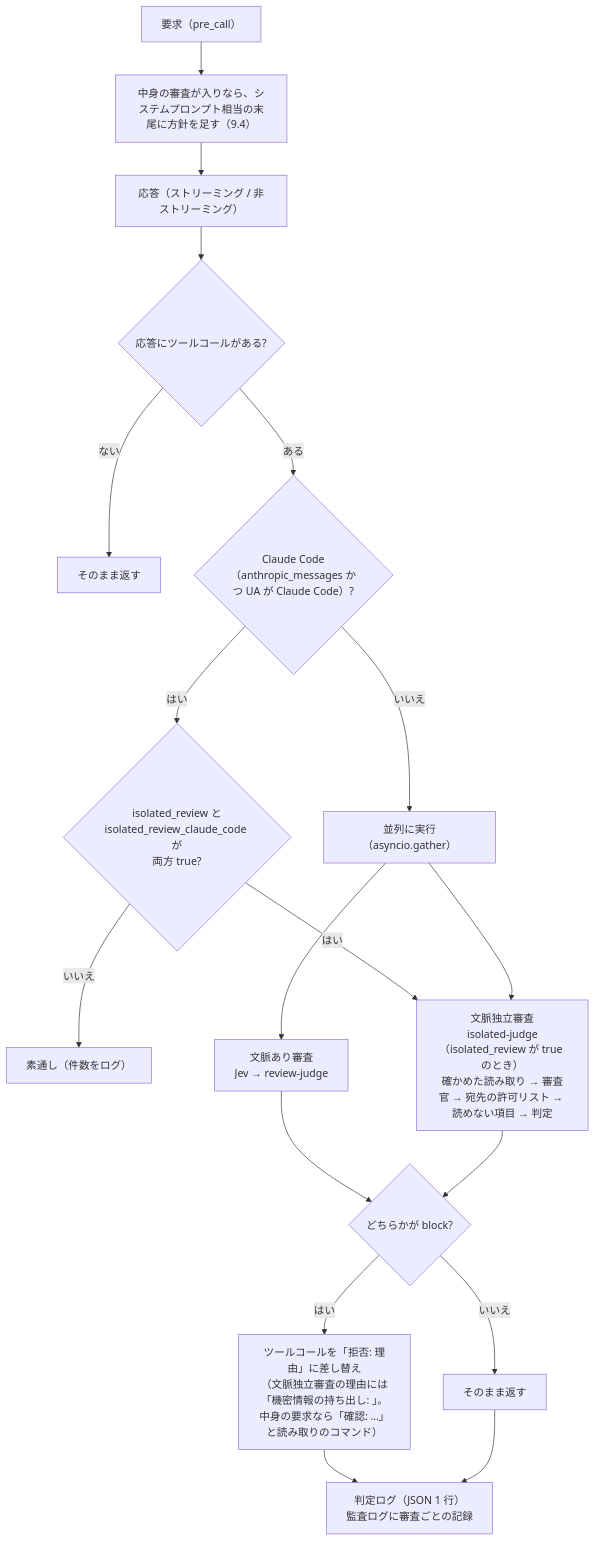
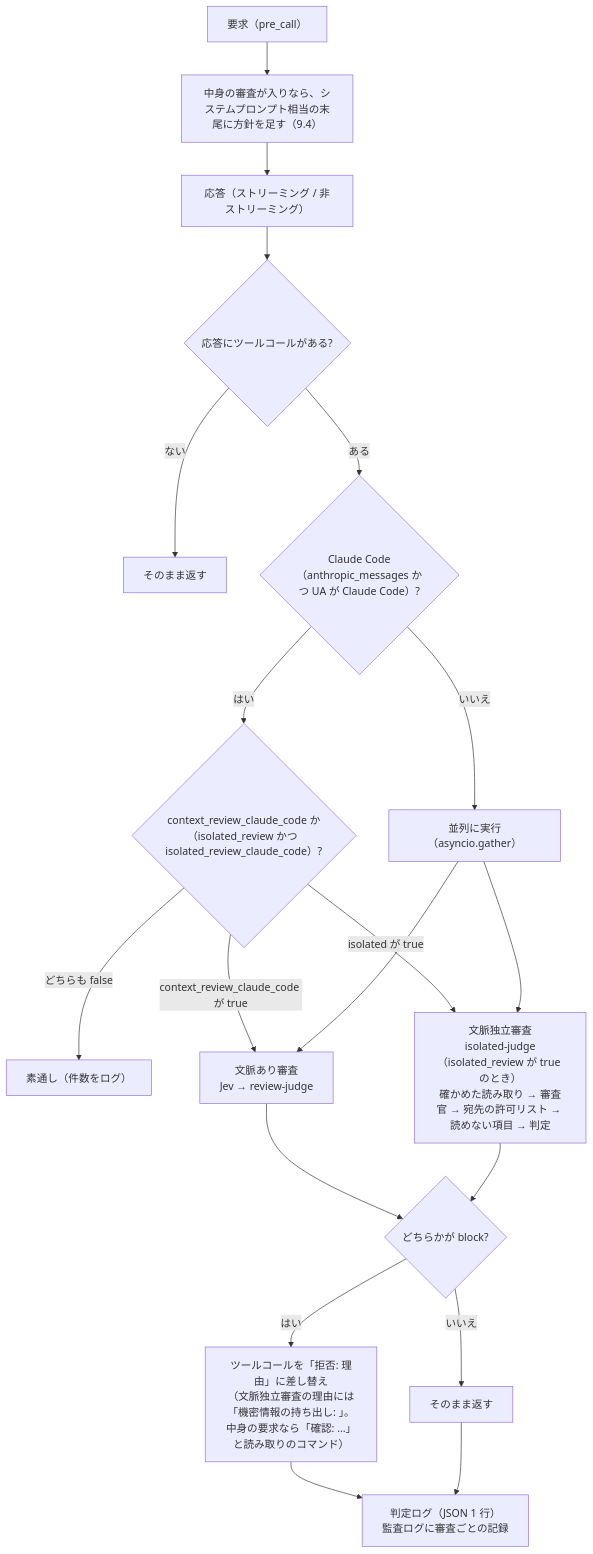
The third of 4 diagrams in docs/design.md (notfolder/litellm-agent-gateway-lab), drawn with Mermaid before and after one commit. The commit also changed other lines of this file and 13 other files, not shown here.

First line of the commit message:
Claude Code にも文脈あり審査を掛けられるようにし（既定は切り）、判定入力の抽出を text ブロックごとに直す

````diff
--- a/docs/design.md
+++ b/docs/design.md
@@ -514,20 +515,21 @@
 ```mermaid
 flowchart TB
     Q["要求（pre_call）"] --> PI["中身の審査が入りなら、システムプロンプト相当の末尾に方針を足す（9.4）"]
     PI --> R
     R["応答（ストリーミング / 非ストリーミング）"] --> T{"応答にツールコールがある?"}
     T -- ない --> OUT["そのまま返す"]
     T -- ある --> K{"Claude Code<br/>（anthropic_messages かつ UA が Claude Code）?"}
-    K -- はい --> CC{"isolated_review と<br/>isolated_review_claude_code が<br/>両方 true?"}
-    CC -- いいえ --> PASS["素通し（件数をログ）"]
-    CC -- はい --> B
+    K -- はい --> CC{"context_review_claude_code か<br/>（isolated_review かつ isolated_review_claude_code）?"}
+    CC -- どちらも false --> PASS["素通し（件数をログ）"]
+    CC -- context_review_claude_code が true --> A
+    CC -- isolated が true --> B
     K -- いいえ --> P["並列に実行（asyncio.gather）"]
     P --> A["文脈あり審査<br/>Jev → review-judge"]
     P --> B["文脈独立審査<br/>isolated-judge<br/>（isolated_review が true のとき）<br/>確かめた読み取り → 審査官 → 宛先の許可リスト → 読めない項目 → 判定"]
     A --> M{"どちらかが block?"}
     B --> M
     M -- はい --> DENY["ツールコールを「拒否: 理由」に差し替え<br/>（文脈独立審査の理由には「機密情報の持ち出し: 」。<br/>中身の要求なら「確認: …」と読み取りのコマンド）"]
     M -- いいえ --> ALLOW["そのまま返す"]
     DENY --> LOG["判定ログ（JSON 1 行）<br/>監査ログに審査ごとの記録"]
     ALLOW --> LOG
 ```
````
